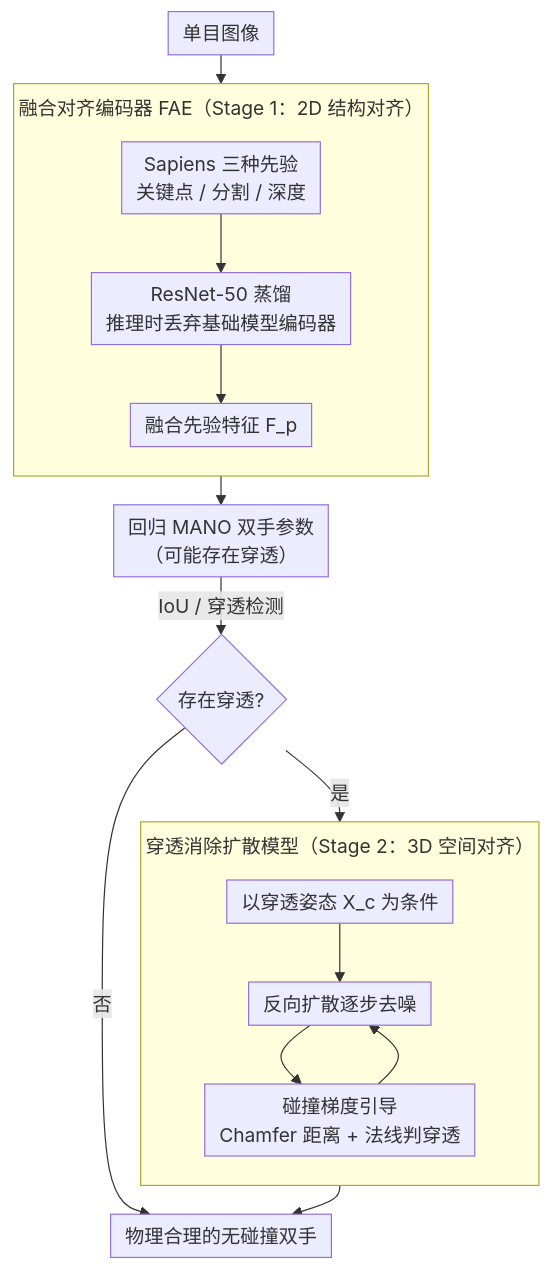
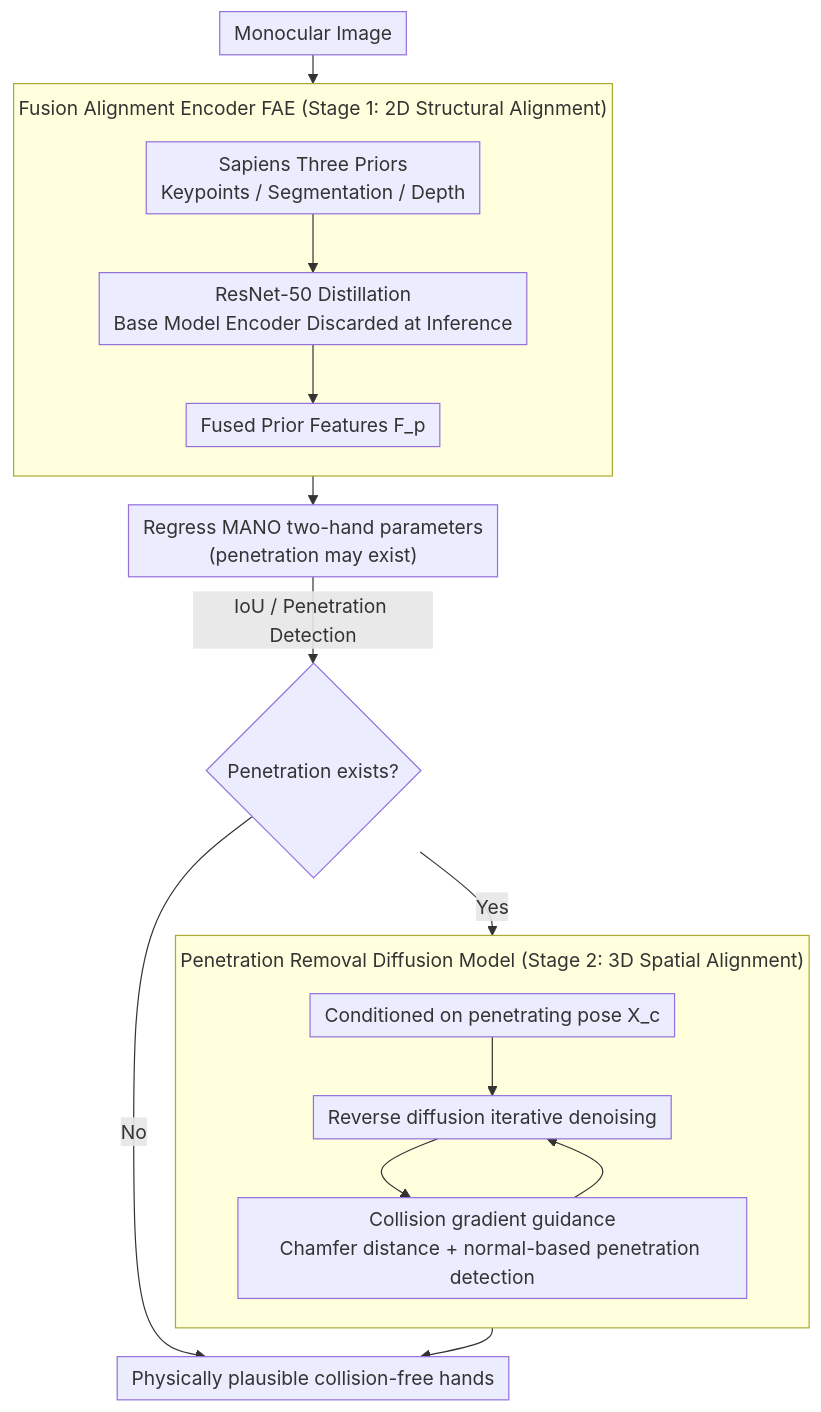
The diagram in docs/CVPR2026/segmentation/from_2d_alignment_to_3d_plausibility_unifying_heterogeneous_2d_priors_and_penetr.md (zhaoyang97/Paper-Notes-en), drawn with Mermaid before and after one commit. The commit also changed 644 other files, not shown here.

````diff
--- a/docs/CVPR2026/segmentation/from_2d_alignment_to_3d_plausibility_unifying_heterogeneous_2d_priors_and_penetr.md
+++ b/docs/CVPR2026/segmentation/from_2d_alignment_to_3d_plausibility_unifying_heterogeneous_2d_priors_and_penetr.md
@@ -44,21 +44,21 @@
 ```mermaid
 %%{init: {'flowchart': {'rankSpacing': 24, 'nodeSpacing': 28, 'padding': 6, 'wrappingWidth': 400, 'subGraphTitleMargin': {'top': 8, 'bottom': 16}}}}%%
 flowchart TD
-    IN["单目图像"] --> FAE
-    subgraph FAE["融合对齐编码器 FAE（Stage 1：2D 结构对齐）"]
+    IN["Monocular Image"] --> FAE
+    subgraph FAE["Fusion Alignment Encoder FAE (Stage 1: 2D Structural Alignment)"]
         direction TB
-        S["Sapiens 三种先验<br/>关键点 / 分割 / 深度"] --> D["ResNet-50 蒸馏<br/>推理时丢弃基础模型编码器"]
-        D --> P["融合先验特征 F_p"]
+        S["Sapiens Three Priors<br/>Keypoints / Segmentation / Depth"] --> D["ResNet-50 Distillation<br/>Base Model Encoder Discarded at Inference"]
+        D --> P["Fused Prior Features F_p"]
     end
-    FAE --> REG["回归 MANO 双手参数<br/>（可能存在穿透）"]
-    REG -->|IoU / 穿透检测| GATE{"存在穿透?"}
-    GATE -->|否| OUT["物理合理的无碰撞双手"]
-    subgraph DIFF["穿透消除扩散模型（Stage 2：3D 空间对齐）"]
+    FAE --> REG["Regress MANO two-hand parameters<br/>(penetration may exist)"]
+    REG -->|IoU / Penetration Detection| GATE{"Penetration exists?"}
+    GATE -->|No| OUT["Physically plausible collision-free hands"]
+    subgraph DIFF["Penetration Removal Diffusion Model (Stage 2: 3D Spatial Alignment)"]
         direction TB
-        C["以穿透姿态 X_c 为条件"] --> R["反向扩散逐步去噪"]
-        R --> CG["碰撞梯度引导<br/>Chamfer 距离 + 法线判穿透"]
+        C["Conditioned on penetrating pose X_c"] --> R["Reverse diffusion iterative denoising"]
+        R --> CG["Collision gradient guidance<br/>Chamfer distance + normal-based penetration detection"]
         CG --> R
     end
-    GATE -->|是| DIFF
+    GATE -->|Yes| DIFF
     DIFF --> OUT
 ```
````
